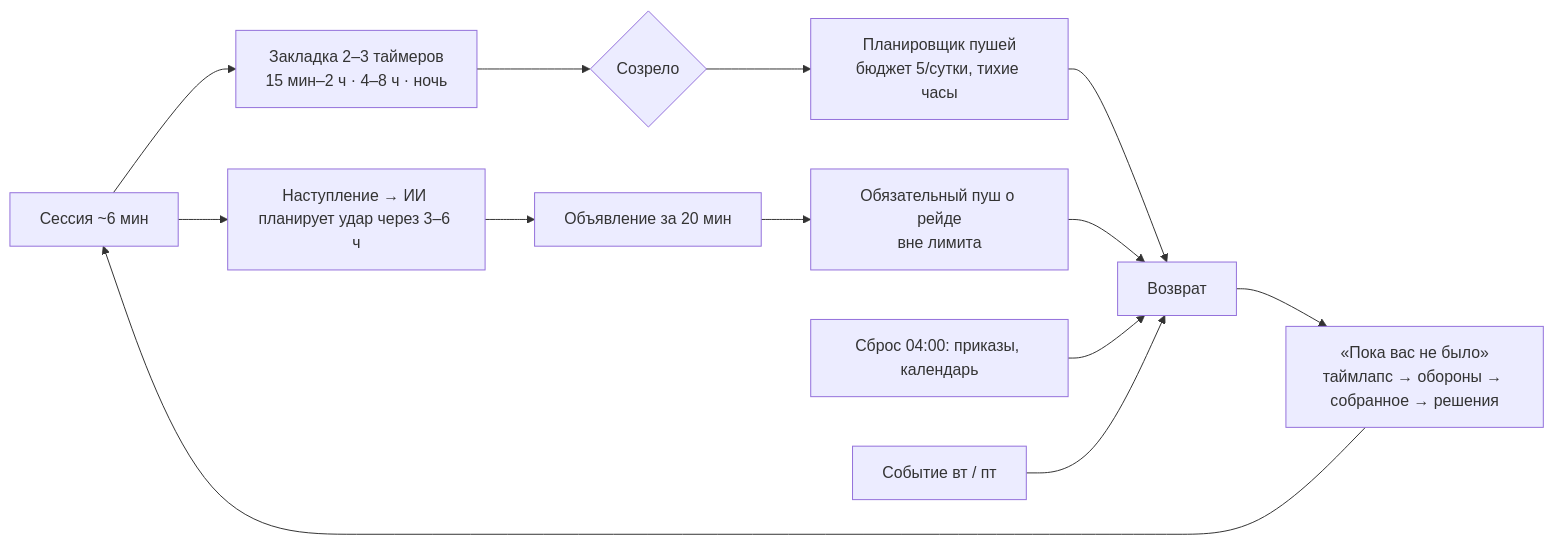
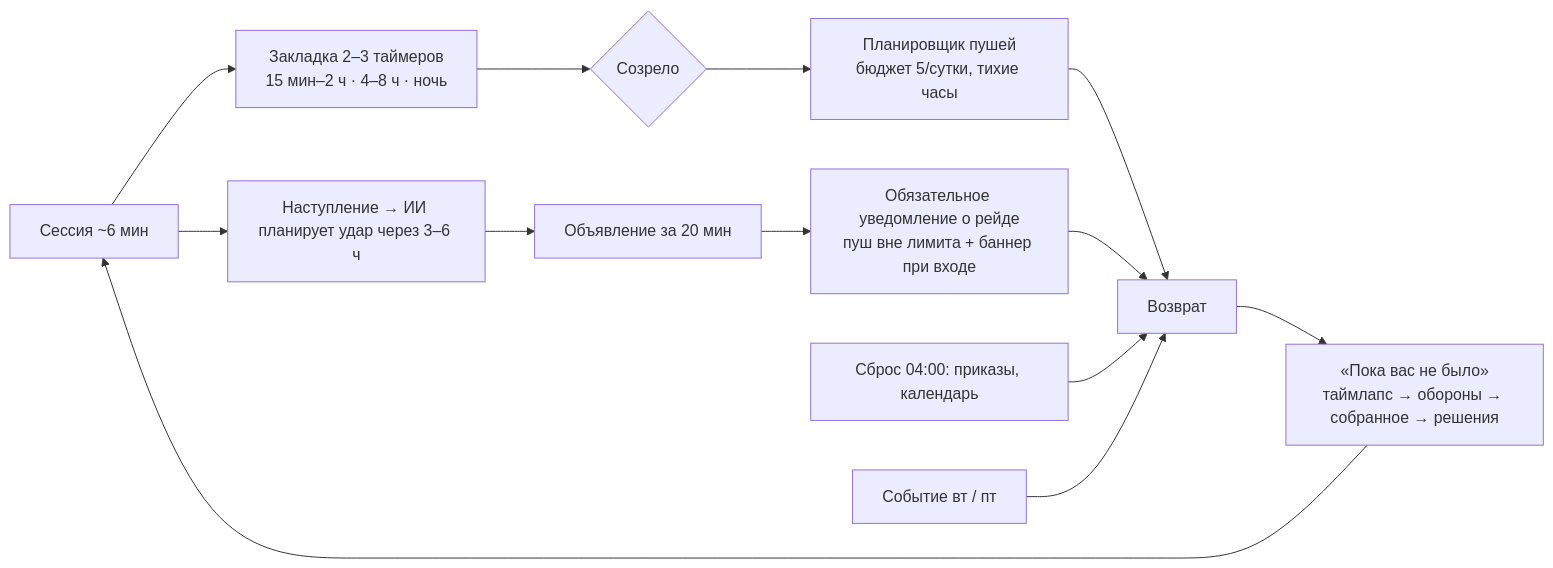
Before and after one commit to kaboomenko/Raivon: the first of 3 diagrams in docs/gdd/08_retention_liveops.md, drawn with Mermaid. The commit also changed other lines of this file and 12 other files, not shown here.

````diff
--- a/docs/gdd/08_retention_liveops.md
+++ b/docs/gdd/08_retention_liveops.md
@@ -63,15 +63,15 @@
 ```mermaid
 flowchart LR
     S[Сессия ~6 мин] --> T[Закладка 2–3 таймеров<br/>15 мин–2 ч · 4–8 ч · ночь]
     S --> W[Наступление → ИИ планирует удар через 3–6 ч]
     T --> M{Созрело}
     W --> A[Объявление за 20 мин]
     M --> P[Планировщик пушей<br/>бюджет 5/сутки, тихие часы]
-    A --> P0[Обязательный пуш о рейде<br/>вне лимита]
+    A --> P0[Обязательное уведомление о рейде<br/>пуш вне лимита + баннер при входе]
     P --> R[Возврат]
     P0 --> R
     R --> WA[«Пока вас не было»<br/>таймлапс → обороны → собранное → решения]
     WA --> S
     D[Сброс 04:00: приказы, календарь] --> R
     E[Событие вт / пт] --> R
 ```
````
